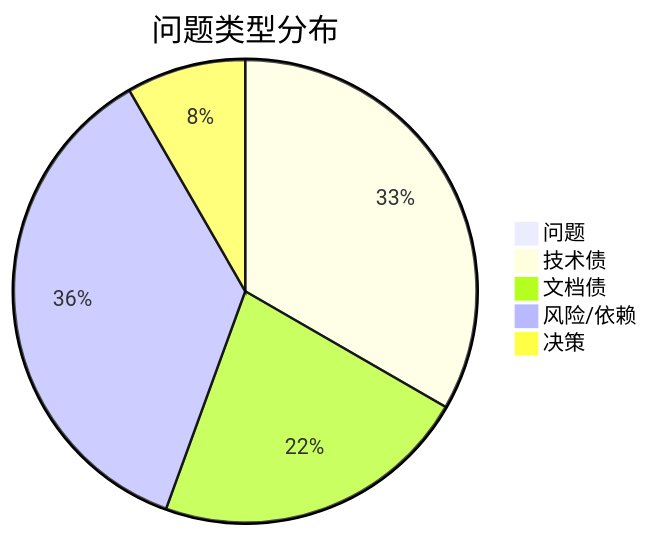
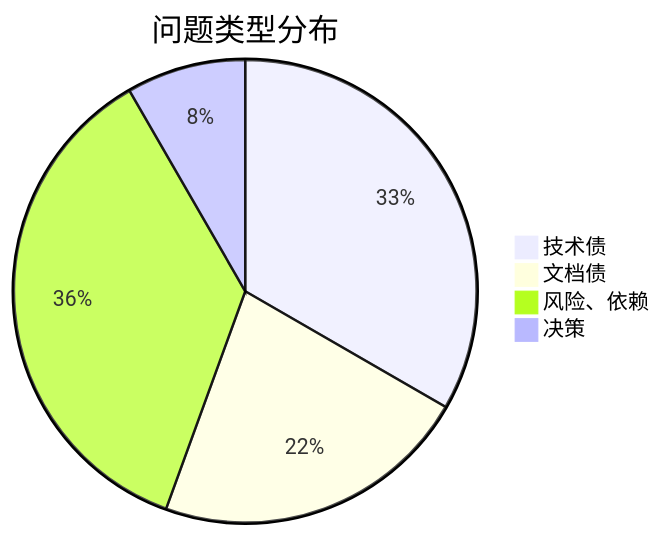
The fourth of 8 diagrams in .sddu/ROADMAP.md (THZSummer/sddu), drawn with Mermaid before and after one commit. The commit also changed other lines of this file, not shown here.

Commit message:
docs(roadmap): 修复 §3/§4 pie 图 GitHub 渲染失败（去零值扇区 + 标签去斜杠）

````diff
--- a/.sddu/ROADMAP.md
+++ b/.sddu/ROADMAP.md
@@ -119,8 +118,7 @@
 ```mermaid
 pie title 问题类型分布
-    "问题" : 0
     "技术债" : 12
     "文档债" : 8
-    "风险/依赖" : 13
+    "风险、依赖" : 13
     "决策" : 3
 ```
````
